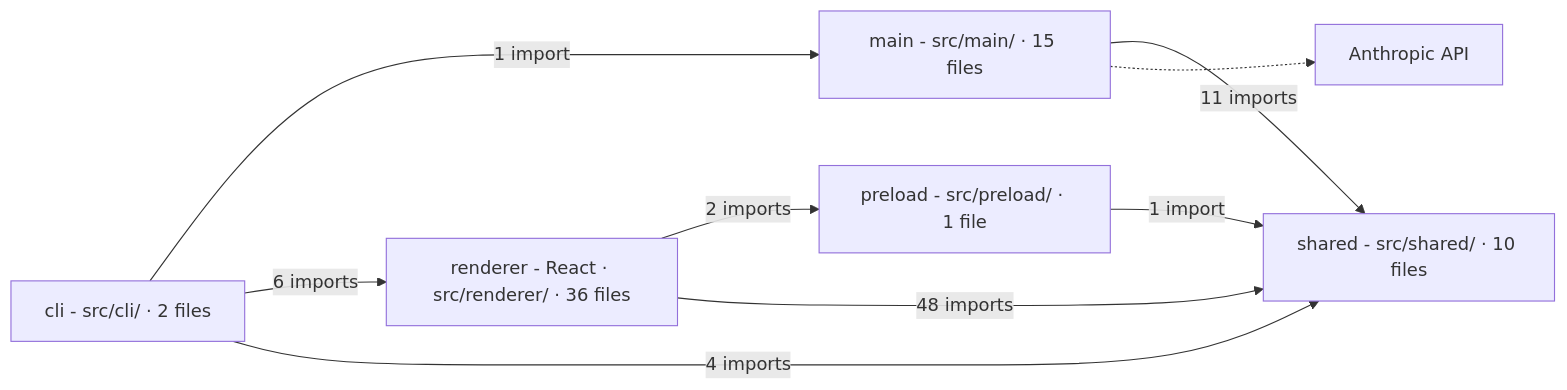
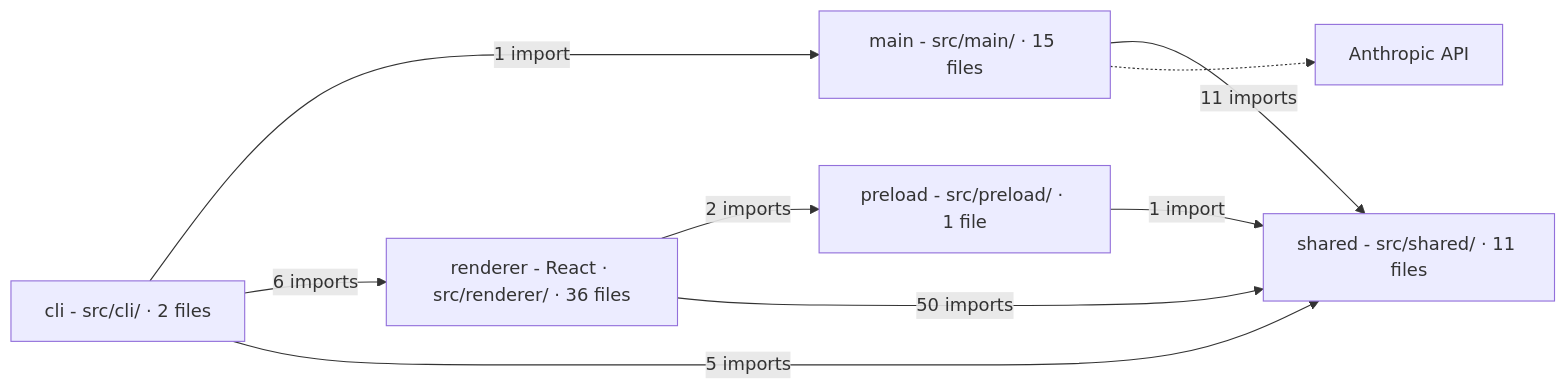
Before and after one commit to Sarthak-47/crtgrphr: the diagram in docs/architecture.md, drawn with Mermaid. The commit also changed 16 other files, not shown here.

````diff
--- a/docs/architecture.md
+++ b/docs/architecture.md
@@ -3,20 +3,20 @@
 ```mermaid
 flowchart LR
   dir_src_cli["cli - src/cli/ · 2 files"]
   dir_src_main["main - src/main/ · 15 files"]
   dir_src_preload["preload - src/preload/ · 1 file"]
   dir_src_renderer["renderer - React · src/renderer/ · 36 files"]
-  dir_src_shared["shared - src/shared/ · 10 files"]
+  dir_src_shared["shared - src/shared/ · 11 files"]
   anthropic_api["Anthropic API"]
   dir_src_cli -->|"1 import"| dir_src_main
   dir_src_cli -->|"6 imports"| dir_src_renderer
-  dir_src_cli -->|"4 imports"| dir_src_shared
+  dir_src_cli -->|"5 imports"| dir_src_shared
   dir_src_main -->|"11 imports"| dir_src_shared
   dir_src_preload -->|"1 import"| dir_src_shared
   dir_src_renderer -->|"2 imports"| dir_src_preload
-  dir_src_renderer -->|"48 imports"| dir_src_shared
+  dir_src_renderer -->|"50 imports"| dir_src_shared
   dir_src_main -.-> anthropic_api
   class dir_src_cli,dir_src_main,dir_src_preload,dir_src_shared backend
   class dir_src_renderer frontend
   class anthropic_api service
 ```
````
